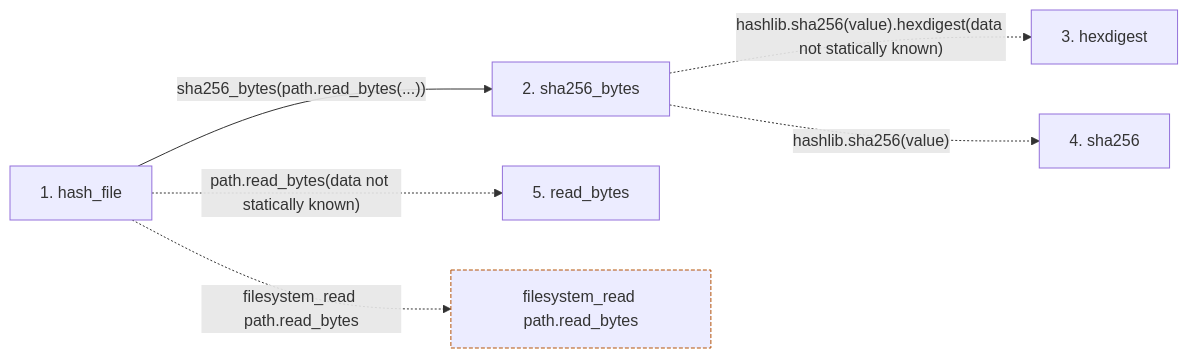
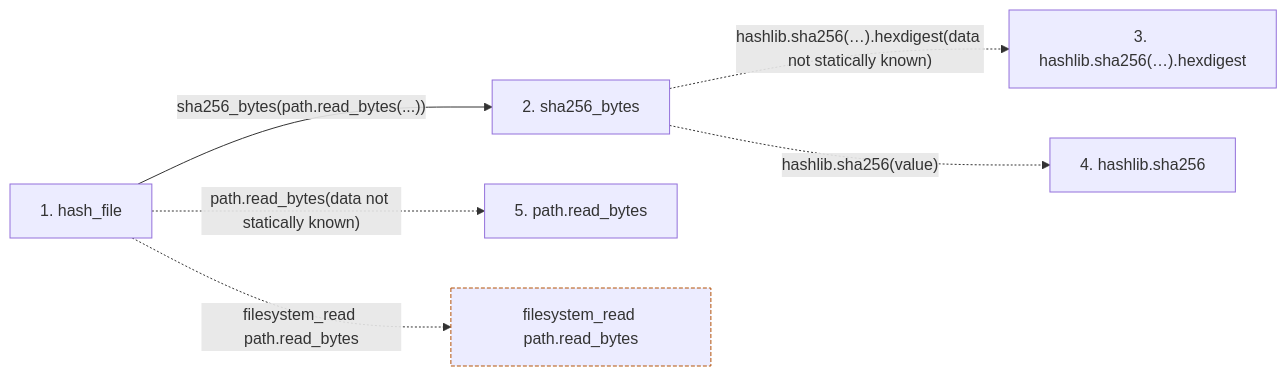
One commit to Denissvgn/python-wiki-llm changed the second of 2 diagrams in docs/llm_wiki/flows/api-hash_file-knowledge_evidence.md. Above: the diagram before and after it, drawn with Mermaid. The commit also changed other lines of this file and 719 other files, not shown here.

````diff
--- a/docs/llm_wiki/flows/api-hash_file-knowledge_evidence.md
+++ b/docs/llm_wiki/flows/api-hash_file-knowledge_evidence.md
@@ -26,18 +26,18 @@
 ```mermaid
 flowchart LR
     s1["1. hash_file"]
     s2["2. sha256_bytes"]
-    s3["3. hexdigest"]
-    s4["4. sha256"]
-    s5["5. read_bytes"]
+    s3["3. hashlib.sha256(…).hexdigest"]
+    s4["4. hashlib.sha256"]
+    s5["5. path.read_bytes"]
     s1 -->|"sha256_bytes(path.read_bytes(...))"| s2
-    s2 -. "hashlib.sha256(value).hexdigest(data not statically known)" .-> s3
+    s2 -. "hashlib.sha256(…).hexdigest(data not statically known)" .-> s3
     s2 -. "hashlib.sha256(value)" .-> s4
     s1 -. "path.read_bytes(data not statically known)" .-> s5
     b0["filesystem_read path.read_bytes"]
     s1 -. "filesystem_read path.read_bytes" .-> b0
     click s1 "../modules/knowledge_evidence.md"
     click s2 "../modules/knowledge_evidence.md"
     classDef boundary stroke:#b45309,stroke-dasharray: 4 2
     class b0 boundary
 ```
````
